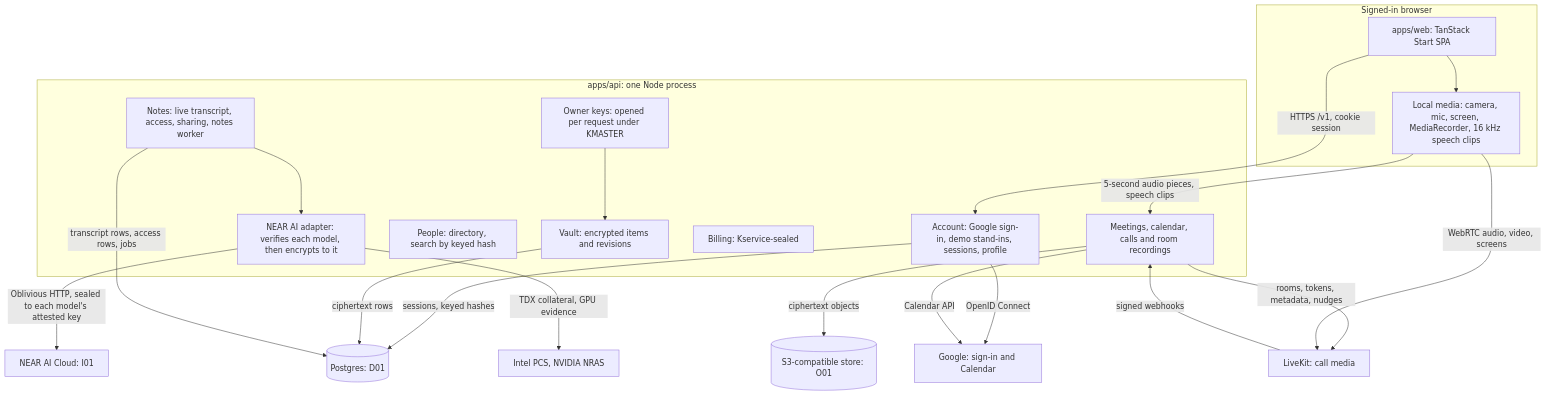
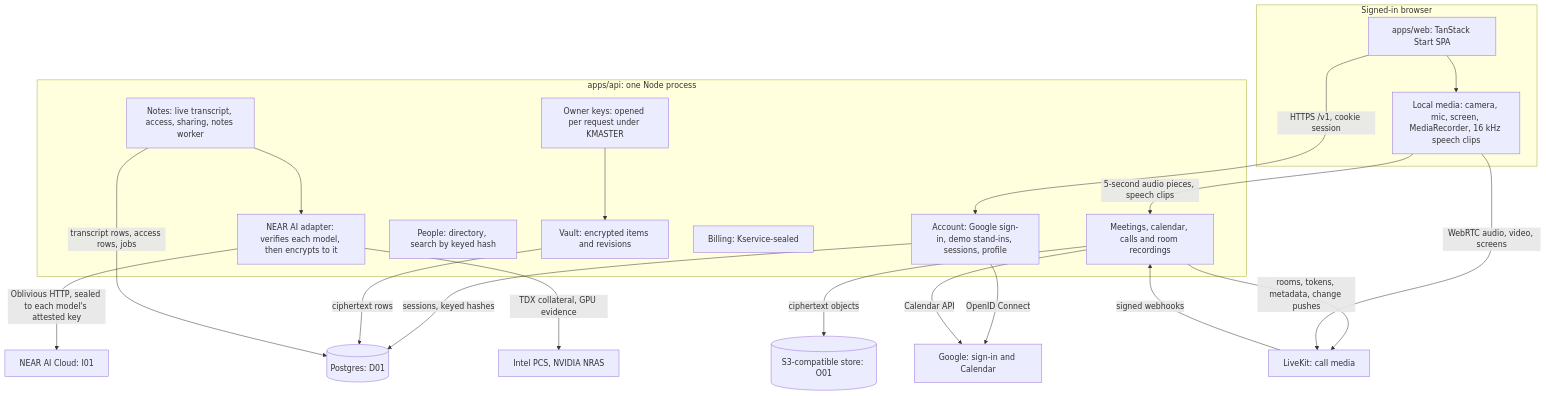
The diagram in docs/engineering/system-architecture.md (thebakedalaskan/alcove-solutions), drawn with Mermaid before and after one commit. The commit also changed 181 other files, not shown here.

````diff
--- a/docs/engineering/system-architecture.md
+++ b/docs/engineering/system-architecture.md
@@ -17,33 +17,33 @@
 ```mermaid
 flowchart TB
     subgraph Browser[Signed-in browser]
         UI[apps/web: TanStack Start SPA]
         Media[Local media: camera, mic, screen, MediaRecorder, 16 kHz speech clips]
         UI --> Media
     end
     subgraph API[apps/api: one Node process]
         Account[Account: Google sign-in, demo stand-ins, sessions, profile]
         Keys[Owner keys: opened per request under KMASTER]
         Vault[Vault: encrypted items and revisions]
         People[People: directory, search by keyed hash]
         Calls[Meetings, calendar, calls and room recordings]
         Notes[Notes: live transcript, access, sharing, notes worker]
         Billing[Billing: Kservice-sealed]
         Inference[NEAR AI adapter: verifies each model, then encrypts to it]
     end
     UI -->|HTTPS /v1, cookie session| Account
     Media -->|5-second audio pieces, speech clips| Calls
     Keys --> Vault
     Account -->|sessions, keyed hashes| DB[(Postgres: D01)]
     Vault -->|ciphertext rows| DB
     Notes -->|transcript rows, access rows, jobs| DB
     Calls -->|ciphertext objects| Obj[(S3-compatible store: O01)]
     Notes --> Inference
     Inference -->|Oblivious HTTP, sealed to each model's attested key| I01[NEAR AI Cloud: I01]
     Inference -->|TDX collateral, GPU evidence| Verifiers[Intel PCS, NVIDIA NRAS]
     Account -->|OpenID Connect| Google[Google: sign-in and Calendar]
     Calls -->|Calendar API| Google
-    Calls -->|rooms, tokens, metadata, nudges| LK[LiveKit: call media]
+    Calls -->|rooms, tokens, metadata, change pushes| LK[LiveKit: call media]
     LK -->|signed webhooks| Calls
     Media -->|WebRTC audio, video, screens| LK
 ```
````
